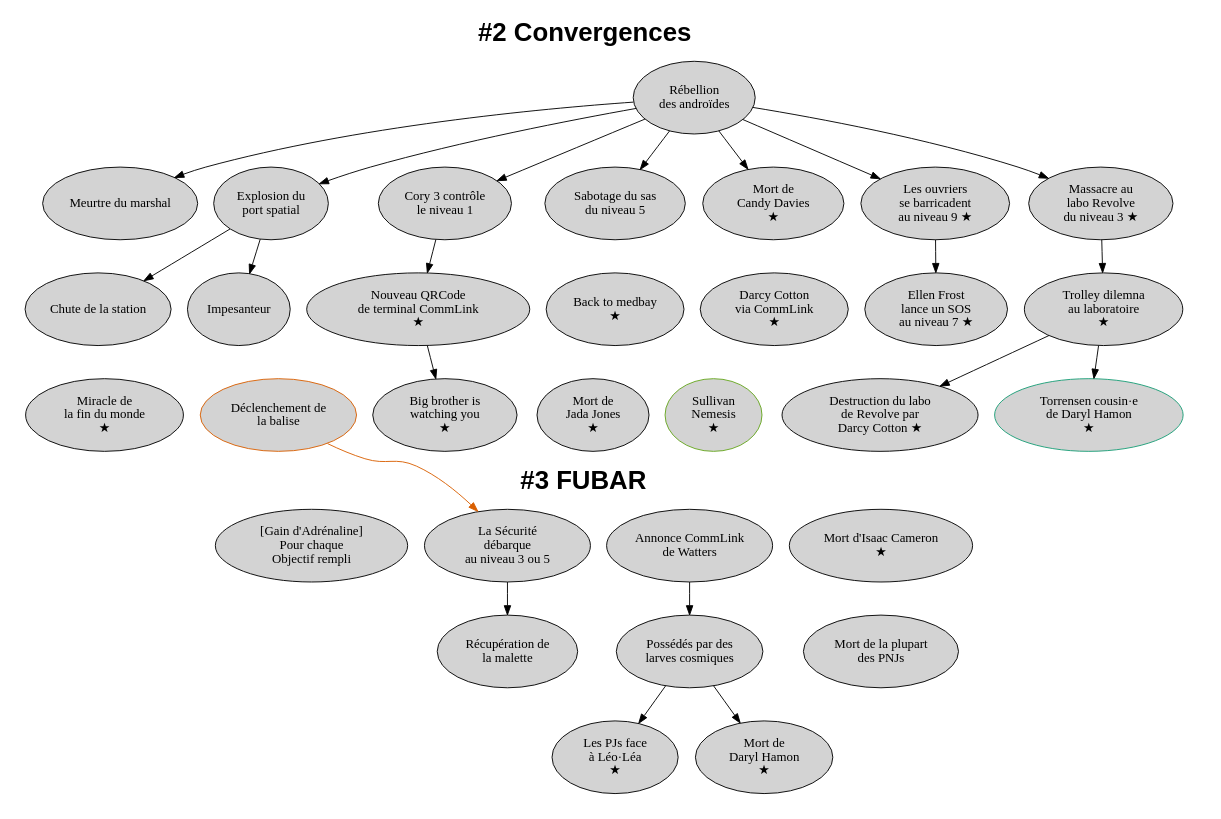
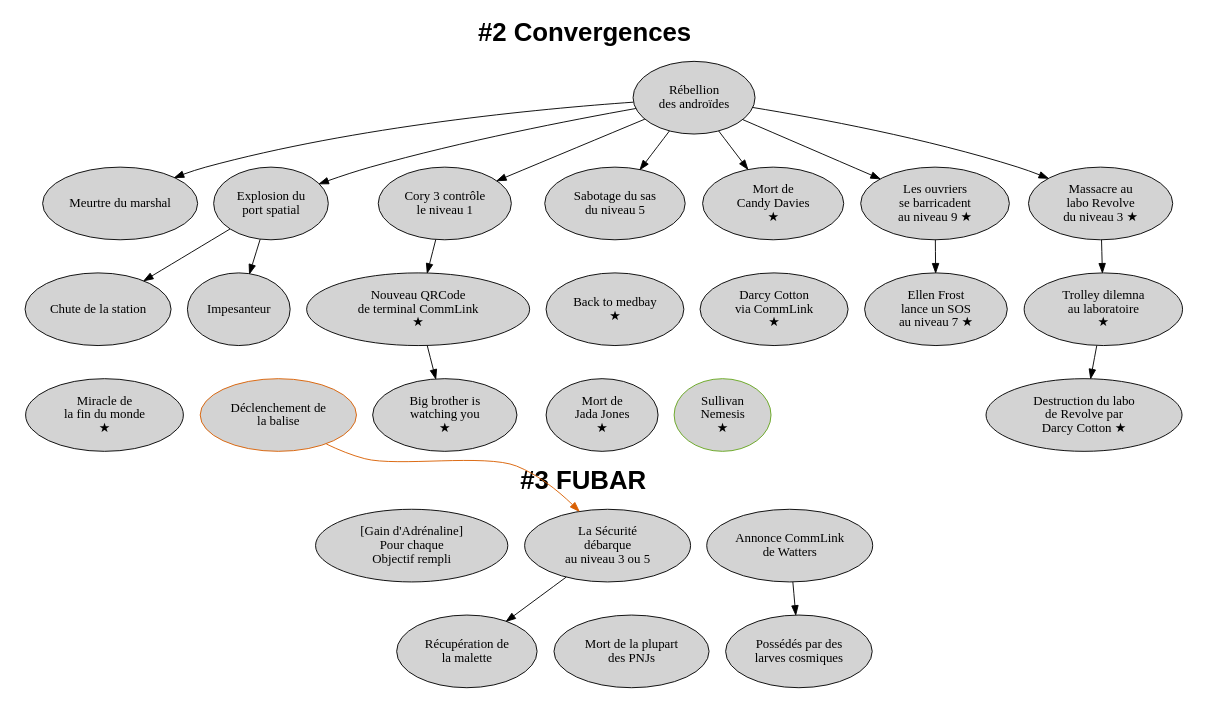
One commit to Lucas-C/jdr changed the diagram in ParadisPerdu/scenario2.dot. Above: the diagram before and after it, drawn with Graphviz. The commit also changed 1 other file, not shown here.

```diff
--- a/ParadisPerdu/scenario2.dot
+++ b/ParadisPerdu/scenario2.dot
@@ -1,48 +1,45 @@
 digraph G {
     fontname = Helvetica;
     node [
         colorscheme = dark25,
         style = filled,
         fillcolor = lightgray,
         fontsize = 14,
         height = 1.1  # Make nodes higher
     ];
     edge [ colorscheme = dark25 ];
     # "If clusterrank=local, a subgraph whose name begins with cluster is given special treatment."
     subgraph cluster_partie_2 {
         peripheries = 0;  # => no border
         "Rébellion\ndes androïdes" -> "Meurtre du marshal";
         "Rébellion\ndes androïdes" -> "Explosion du\nport spatial" -> "Chute de la station";
         "Rébellion\ndes androïdes" -> "Cory 3 contrôle\nle niveau 1" -> "Nouveau QRCode\nde terminal CommLink\n★" -> "Big brother is\nwatching you\n★";
         "Rébellion\ndes androïdes" -> "Sabotage du sas\ndu niveau 5";
         "Rébellion\ndes androïdes" -> "Mort de\nCandy Davies\n★";
         "Mort de\nCandy Davies\n★" -> "Darcy Cotton\nvia CommLink\n★" [style=invis];
         "Explosion du\nport spatial" -> "Impesanteur";
         "Rébellion\ndes androïdes" -> "Les ouvriers\nse barricadent\nau niveau 9 ★" -> "Ellen Frost\nlance un SOS\nau niveau 7 ★";
         "Sabotage du sas\ndu niveau 5" -> "Back to medbay\n★" -> "Mort de\nJada Jones\n★" [style=invis];
         "Rébellion\ndes androïdes" -> "Massacre au\nlabo Revolve\ndu niveau 3 ★" -> "Trolley dilemna\nau laboratoire\n★" -> "Destruction du labo\nde Revolve par\nDarcy Cotton ★";
         "Chute de la station" -> "Miracle de\nla fin du monde\n★" [style=invis];
-        "Torrensen cousin·e\nde Daryl Hamon\n★" [color=1];  # Torrensen
-        "Trolley dilemna\nau laboratoire\n★" -> "Torrensen cousin·e\nde Daryl Hamon\n★";
         "Déclenchement de\nla balise" [color=2];  # Park
         "Chute de la station" -> "Déclenchement de\nla balise" [style=invis];
         "Sullivan\nNemesis\n★" [color=5];  # Sullivan
         "Back to medbay\n★" -> "Sullivan\nNemesis\n★" [style=invis];
         fontsize = 28;
         label = <<b>#2 Convergences</b>>;
     }
     subgraph cluster_partie_3 {
         peripheries = 0;  # => no border
-        "Mort d'Isaac Cameron\n★" -> "Mort de la plupart\ndes PNJs" [style=invis];
-        "Annonce CommLink\nde Watters" -> "Possédés par des\nlarves cosmiques" -> "Les PJs face\nà Léo·Léa\n★";
-        "Possédés par des\nlarves cosmiques" -> "Mort de\nDaryl Hamon\n★"
+        "Annonce CommLink\nde Watters" -> "Mort de la plupart\ndes PNJs" [style=invis];
+        "Annonce CommLink\nde Watters" -> "Possédés par des\nlarves cosmiques";
         "La Sécurité\ndébarque\nau niveau 3 ou 5" -> "Récupération de\nla malette";
         fontsize = 28;
         "[Gain d'Adrénaline]\nPour chaque\nObjectif rempli";
         label = <<b>#3 FUBAR</b>>;
     }
     "Déclenchement de\nla balise" -> "La Sécurité\ndébarque\nau niveau 3 ou 5" [color=2];
     // Force clusters based on (added) rank
     // Recipe from: https://stackoverflow.com/a/72102766/636849
     {"Rébellion\ndes androïdes"} -> {"Annonce CommLink\nde Watters"} [style=invis];
 }
```
